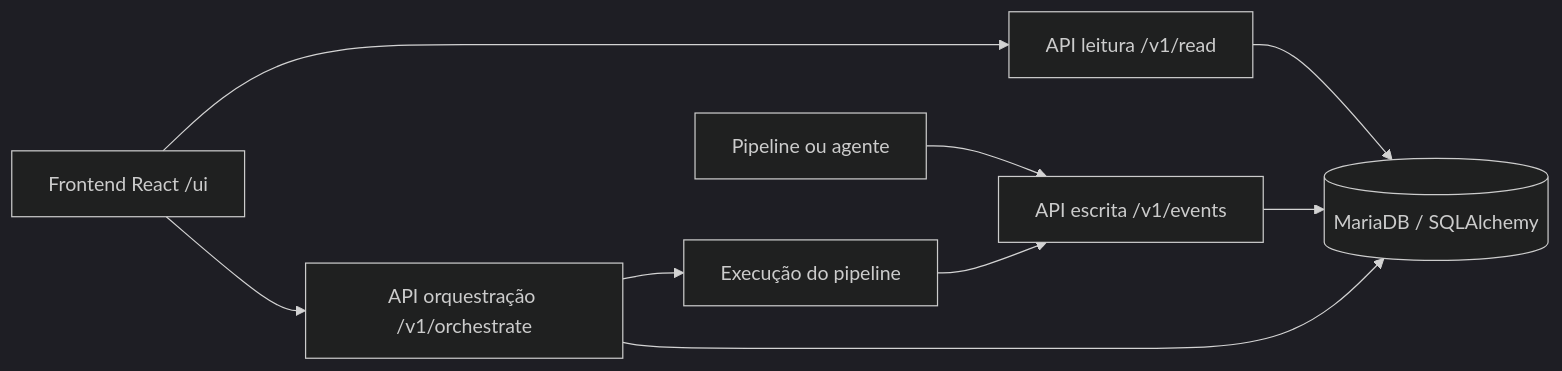
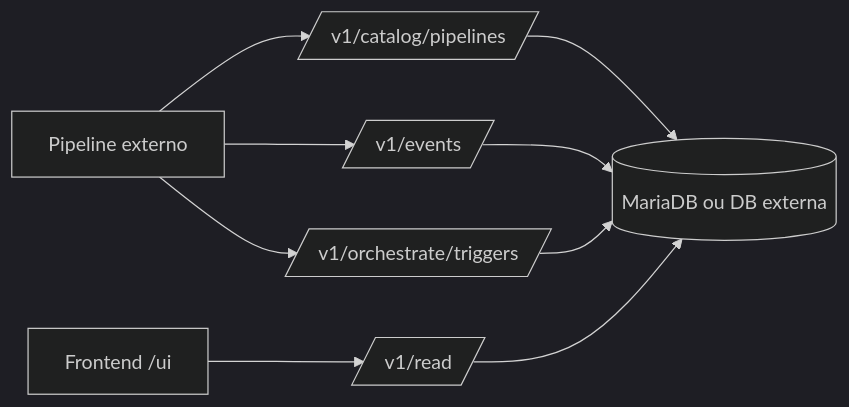
The diagram in README.md (emanuwells/Overseer), drawn with Mermaid (dark theme) before and after one commit. The commit also changed other lines of this file and 52 other files, not shown here.

First line of the commit message:
Overseer: DAG catalog API & static UI

````diff
--- a/README.md
+++ b/README.md
@@ -36,11 +32,11 @@
 ```mermaid
 flowchart LR
-    ui[Frontend React /ui] --> read[API leitura /v1/read]
-    pipeline[Pipeline ou agente] --> write[API escrita /v1/events]
-    ui --> orch[API orquestração /v1/orchestrate]
-    orch --> runner[Execução do pipeline]
-    runner --> write
-    read --> db[(MariaDB / SQLAlchemy)]
-    write --> db
-    orch --> db
+    ui[Frontend /ui] --> read[/v1/read/]
+    pipeline[Pipeline externo] --> catalog[/v1/catalog/pipelines/]
+    pipeline --> events[/v1/events/]
+    pipeline --> triggers[/v1/orchestrate/triggers/]
+    catalog --> db[(MariaDB ou DB externa)]
+    events --> db
+    triggers --> db
+    read --> db
 ```
````
